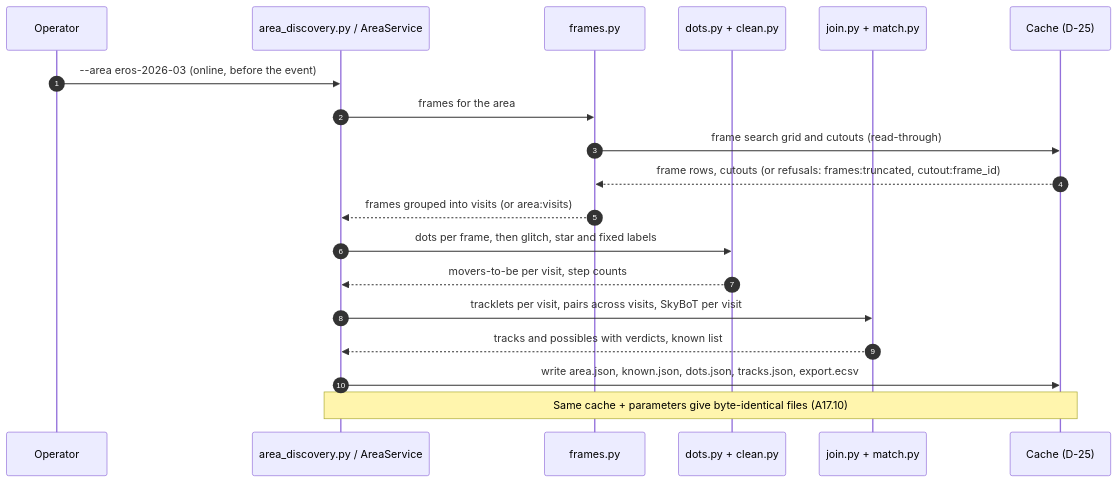
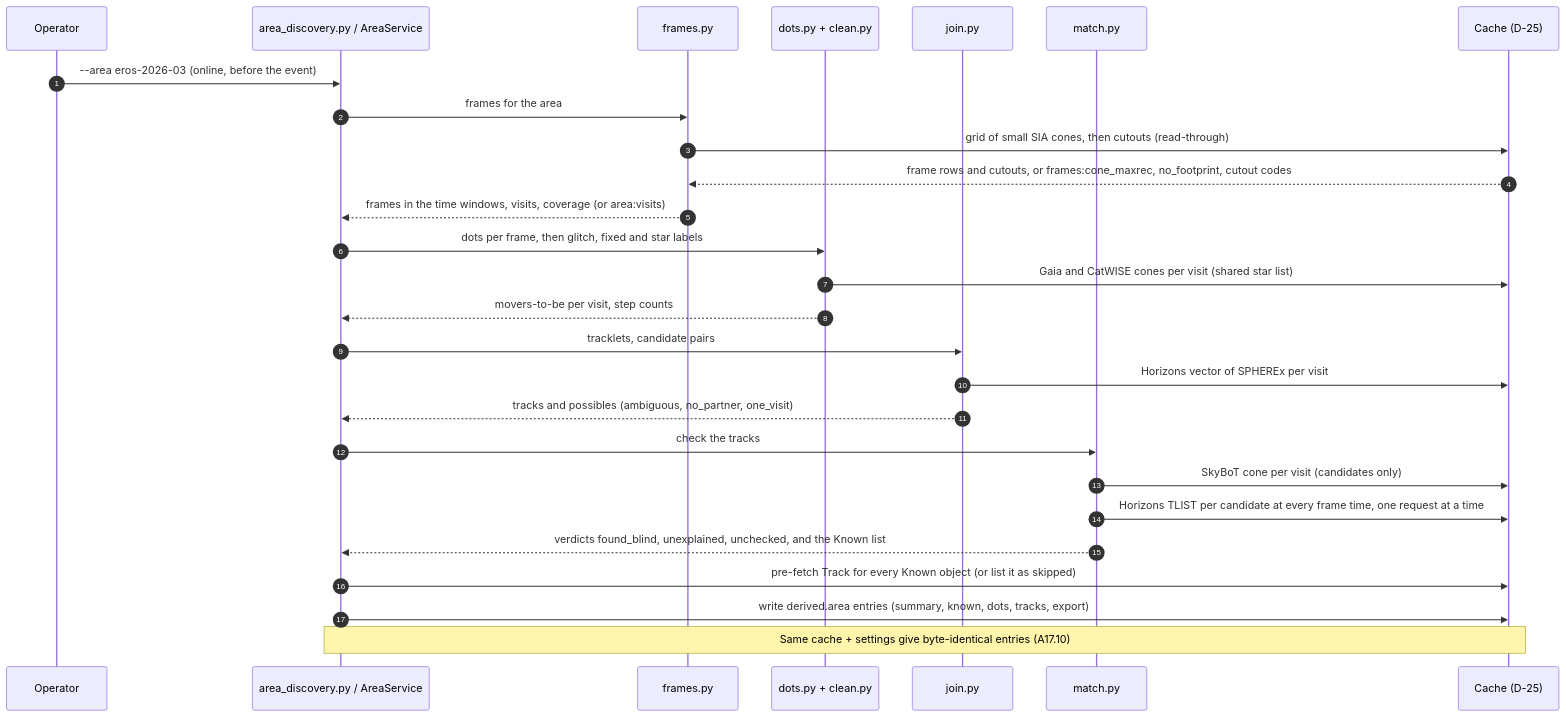
The second of 3 diagrams in docs/uml/22-area-search.md (0ffrian/SphereX), drawn with Mermaid before and after one commit. The commit also changed other lines of this file and 7 other files, not shown here.

First line of the commit message:
docs(moving-objects): fix Area search A16-A18, add Track A19/A20 and UML 23

````diff
--- a/docs/uml/22-area-search.md
+++ b/docs/uml/22-area-search.md
@@ -64,21 +70,29 @@
 ```mermaid
 sequenceDiagram
   autonumber
   participant Op as Operator
   participant S as area_discovery.py / AreaService
   participant F as frames.py
   participant D as dots.py + clean.py
-  participant J as join.py + match.py
+  participant J as join.py
+  participant M as match.py
   participant C as Cache (D-25)
   Op->>S: --area eros-2026-03 (online, before the event)
   S->>F: frames for the area
-  F->>C: frame search grid and cutouts (read-through)
-  C-->>F: frame rows, cutouts (or refusals: frames:truncated, cutout:frame_id)
-  F-->>S: frames grouped into visits (or area:visits)
-  S->>D: dots per frame, then glitch, star and fixed labels
+  F->>C: grid of small SIA cones, then cutouts (read-through)
+  C-->>F: frame rows and cutouts, or frames:cone_maxrec, no_footprint, cutout codes
+  F-->>S: frames in the time windows, visits, coverage (or area:visits)
+  S->>D: dots per frame, then glitch, fixed and star labels
+  D->>C: Gaia and CatWISE cones per visit (shared star list)
   D-->>S: movers-to-be per visit, step counts
-  S->>J: tracklets per visit, pairs across visits, SkyBoT per visit
-  J-->>S: tracks and possibles with verdicts, known list
-  S->>C: write area.json, known.json, dots.json, tracks.json, export.ecsv
-  Note over S,C: Same cache + parameters give byte-identical files (A17.10)
+  S->>J: tracklets, candidate pairs
+  J->>C: Horizons vector of SPHEREx per visit
+  J-->>S: tracks and possibles (ambiguous, no_partner, one_visit)
+  S->>M: check the tracks
+  M->>C: SkyBoT cone per visit (candidates only)
+  M->>C: Horizons TLIST per candidate at every frame time, one request at a time
+  M-->>S: verdicts found_blind, unexplained, unchecked, and the Known list
+  S->>C: pre-fetch Track for every Known object (or list it as skipped)
+  S->>C: write derived.area entries (summary, known, dots, tracks, export)
+  Note over S,C: Same cache + settings give byte-identical entries (A17.10)
 ```
````
